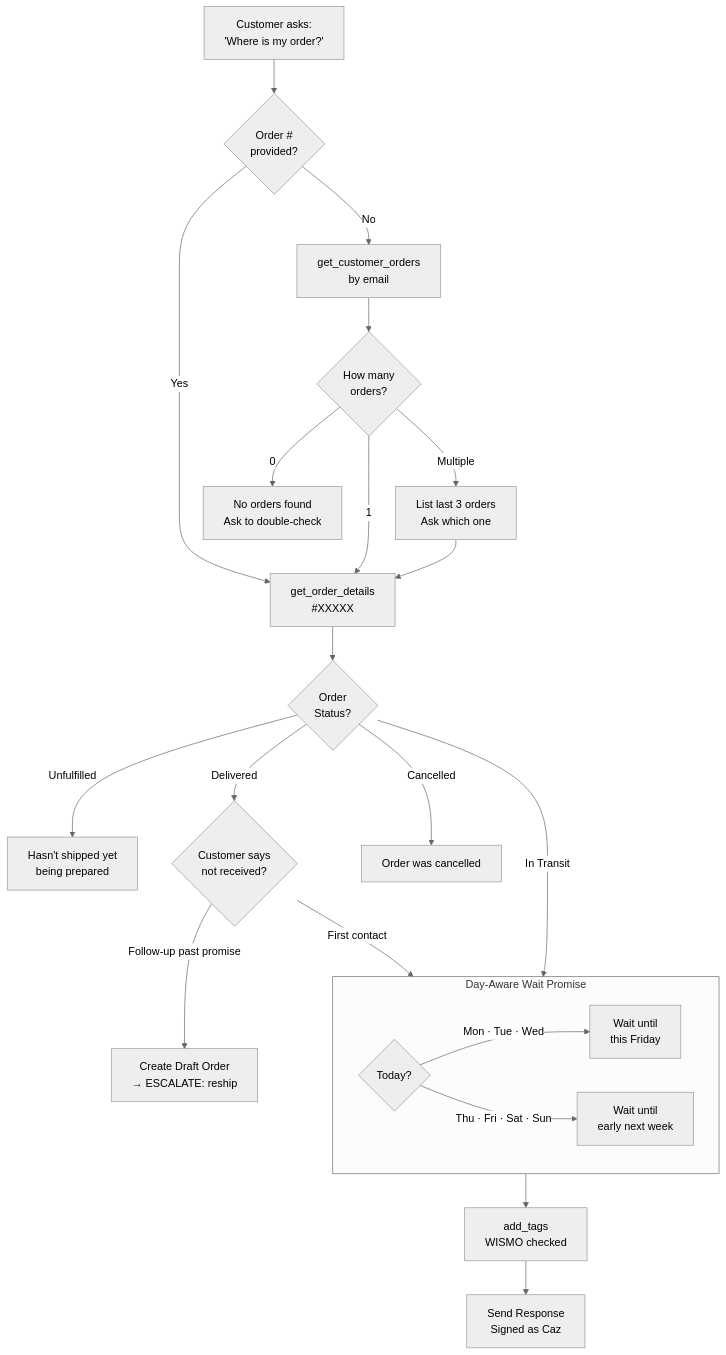
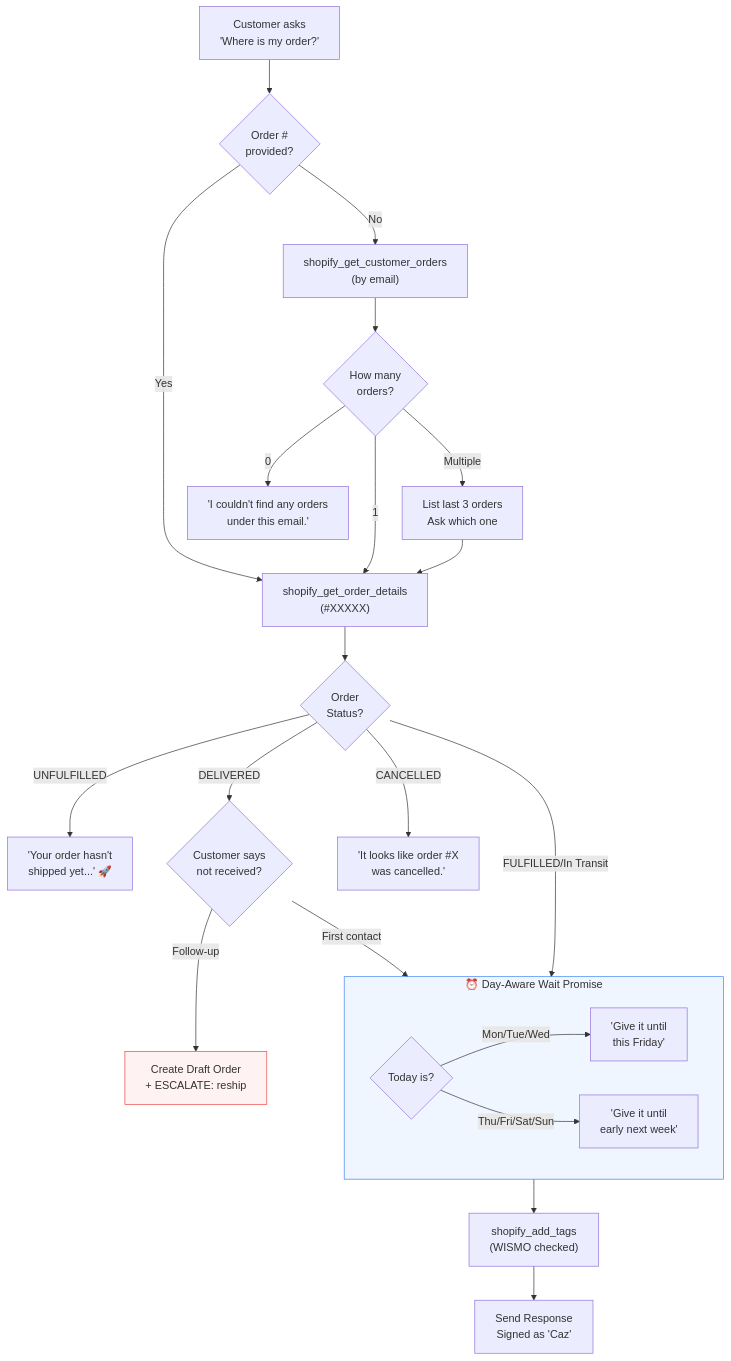
The fifth of 14 diagrams in README.md (EminDurmuSS/lookfor-hackathon), drawn with Mermaid before and after one commit. The commit also changed other lines of this file, not shown here.

````diff
--- a/README.md
+++ b/README.md
@@ -235,33 +278,36 @@
 ```mermaid
-%%{init: {'theme': 'neutral'}}%%
 flowchart TD
-    START["Customer asks:<br/>'Where is my order?'"] --> FIND{"Order #<br/>provided?"}
+    START["Customer asks<br/>'Where is my order?'"] --> FIND{"Order #<br/>provided?"}
 
-    FIND -->|Yes| LOOKUP["get_order_details<br/>#XXXXX"]
-    FIND -->|No| EMAIL["get_customer_orders<br/>by email"]
+    FIND -->|Yes| LOOKUP["shopify_get_order_details<br/>(#XXXXX)"]
+    FIND -->|No| EMAIL["shopify_get_customer_orders<br/>(by email)"]
 
     EMAIL --> COUNT{"How many<br/>orders?"}
-    COUNT -->|0| NOT_FOUND["No orders found<br/>Ask to double-check"]
+    COUNT -->|0| NOT_FOUND["'I couldn't find any orders<br/>under this email.'"]
     COUNT -->|1| LOOKUP
     COUNT -->|Multiple| DISAMBIG["List last 3 orders<br/>Ask which one"]
     DISAMBIG --> LOOKUP
 
     LOOKUP --> STATUS{"Order<br/>Status?"}
 
-    STATUS -->|Unfulfilled| PREP["Hasn't shipped yet<br/>being prepared"]
-    STATUS -->|In Transit| WAIT
-    STATUS -->|Delivered| DEL
-    STATUS -->|Cancelled| CANCEL["Order was cancelled"]
+    STATUS -->|UNFULFILLED| MSG_PREP["'Your order hasn't<br/>shipped yet...' 🚀"]
+    STATUS -->|FULFILLED/In Transit| WAIT_PROMISE
+    STATUS -->|DELIVERED| DELIVERED_CHECK
+    STATUS -->|CANCELLED| MSG_CANCEL["'It looks like order #X<br/>was cancelled.'"]
 
-    subgraph WAIT["Day-Aware Wait Promise"]
-        DAY{"Today?"}
-        DAY -->|Mon · Tue · Wed| FRIDAY["Wait until<br/>this Friday"]
-        DAY -->|Thu · Fri · Sat · Sun| NEXT["Wait until<br/>early next week"]
+    subgraph WAIT_PROMISE["⏰ Day-Aware Wait Promise"]
+        DAY{"Today is?"}
+        DAY -->|Mon/Tue/Wed| FRIDAY["'Give it until<br/>this Friday'"]
+        DAY -->|Thu/Fri/Sat/Sun| NEXT_WEEK["'Give it until<br/>early next week'"]
     end
 
-    WAIT --> TAG["add_tags<br/>WISMO checked"]
-    TAG --> RESPONSE["Send Response<br/>Signed as Caz"]
+    WAIT_PROMISE --> TAG["shopify_add_tags<br/>(WISMO checked)"]
+    TAG --> RESPONSE["Send Response<br/>Signed as 'Caz'"]
 
-    DEL{"Customer says<br/>not received?"} -->|First contact| WAIT
-    DEL -->|Follow-up past promise| RESHIP["Create Draft Order<br/>→ ESCALATE: reship"]
+    DELIVERED_CHECK{"Customer says<br/>not received?"}
+    DELIVERED_CHECK -->|First contact| WAIT_PROMISE
+    DELIVERED_CHECK -->|Follow-up| RESHIP["Create Draft Order<br/>+ ESCALATE: reship"]
+
+    style WAIT_PROMISE fill:#eff6ff,stroke:#3b82f6
+    style RESHIP fill:#fef2f2,stroke:#ef4444
 ```
````
